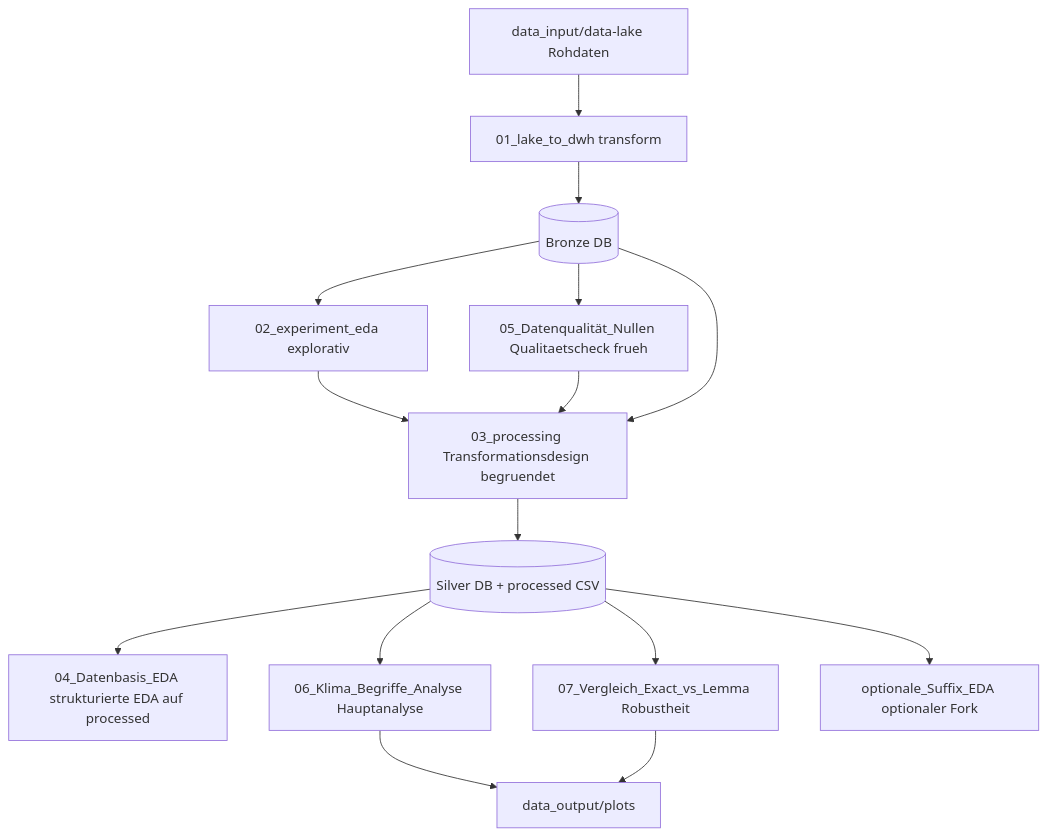
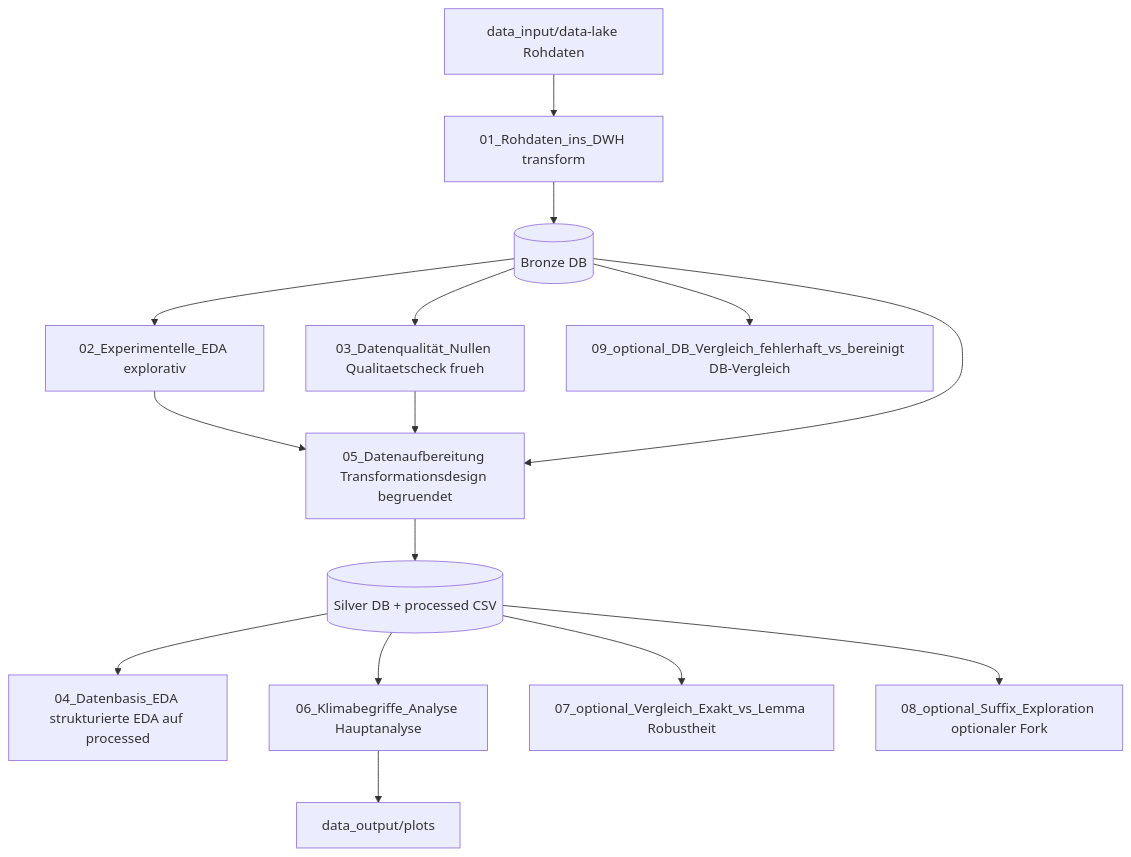
Before and after one commit to butburg/wortwandel: the second of 2 diagrams in non_code/todo.tmp.md, drawn with Mermaid. The commit also changed other lines of this file and 14 other files, not shown here.

````diff
--- a/non_code/todo.tmp.md
+++ b/non_code/todo.tmp.md
@@ -112,22 +113,22 @@
 ```mermaid
 flowchart TD
-        A[data_input/data-lake Rohdaten] --> B[01_lake_to_dwh transform]
+        A[data_input/data-lake Rohdaten] --> B[01_Rohdaten_ins_DWH transform]
         B --> C[(Bronze DB)]
 
-        C --> D[02_experiment_eda explorativ]
-        C --> E[05_Datenqualität_Nullen Qualitaetscheck frueh]
+        C --> D[02_Experimentelle_EDA explorativ]
+        C --> E[03_Datenqualität_Nullen Qualitaetscheck frueh]
 
-        D --> F[03_processing Transformationsdesign begruendet]
+        D --> F[05_Datenaufbereitung Transformationsdesign begruendet]
         E --> F
         C --> F
 
         F --> G[(Silver DB + processed CSV)]
 
         G --> H[04_Datenbasis_EDA strukturierte EDA auf processed]
-        G --> I[06_Klima_Begriffe_Analyse Hauptanalyse]
-        G --> J[07_Vergleich_Exact_vs_Lemma Robustheit]
-        G --> K[optionale_Suffix_EDA optionaler Fork]
+        G --> I[06_Klimabegriffe_Analyse Hauptanalyse]
+        G --> J[07_optional_Vergleich_Exakt_vs_Lemma Robustheit]
+        G --> K[08_optional_Suffix_Exploration optionaler Fork]
+        C --> L[09_optional_DB_Vergleich_fehlerhaft_vs_bereinigt DB-Vergleich]
 
         I --> P[data_output/plots]
-        J --> P
 ```
````
